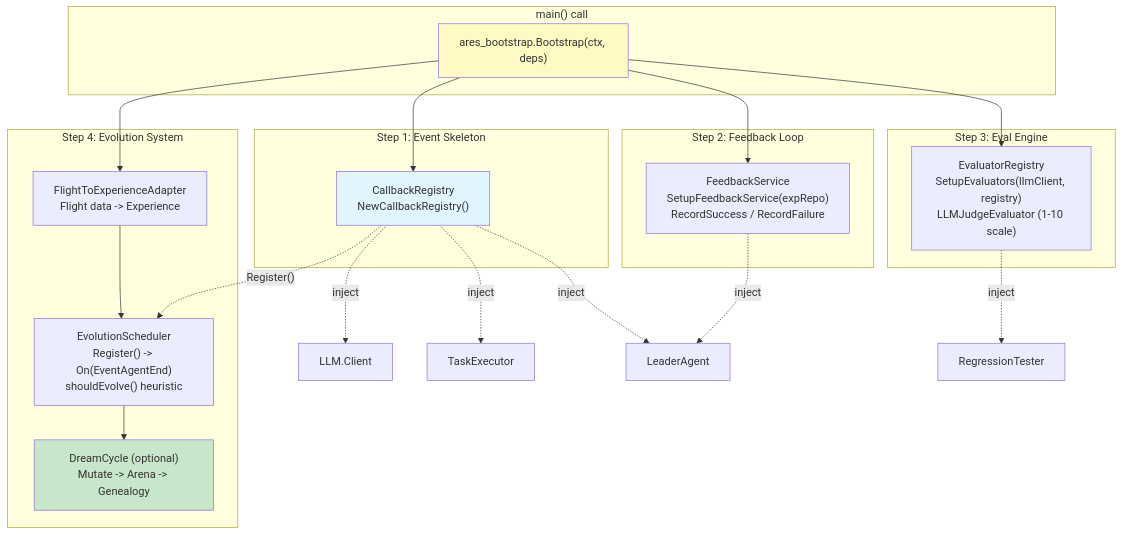
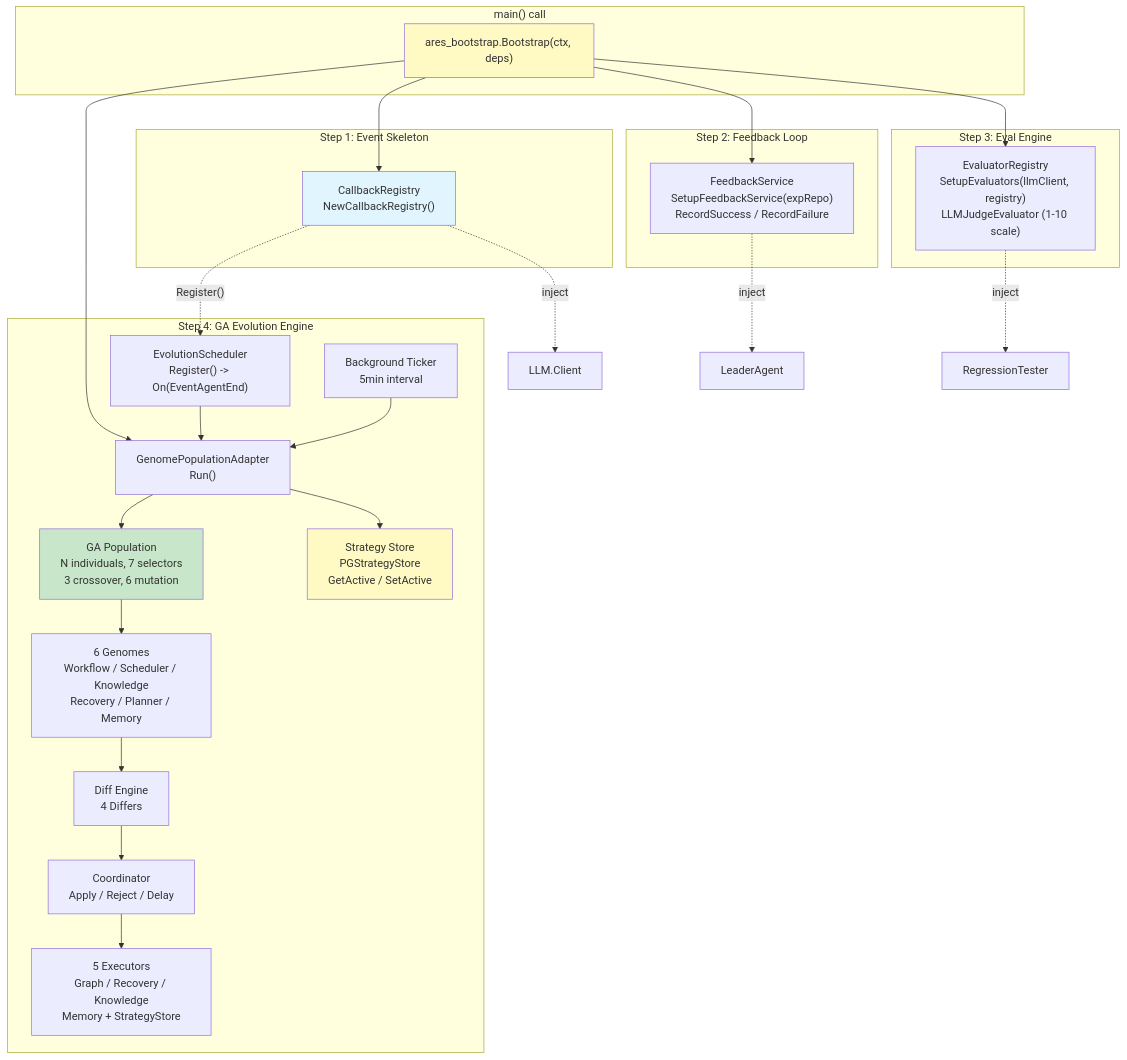
The third of 4 diagrams in docs/articles/en/autonomous-evolution-deep-dive.md (Timwood0x10/ARES), drawn with Mermaid before and after one commit. The commit also changed other lines of this file and 63 other files, not shown here.

````diff
--- a/docs/articles/en/autonomous-evolution-deep-dive.md
+++ b/docs/articles/en/autonomous-evolution-deep-dive.md
@@ -626,42 +626,54 @@
 ```mermaid
 graph TB
     subgraph "main() call"
         MAIN["ares_bootstrap.Bootstrap(ctx, deps)"]
     end
 
     subgraph "Step 1: Event Skeleton"
         CR["CallbackRegistry<br/>NewCallbackRegistry()"]
     end
 
     subgraph "Step 2: Feedback Loop"
         FS["FeedbackService<br/>SetupFeedbackService(expRepo)<br/>RecordSuccess / RecordFailure"]
     end
 
     subgraph "Step 3: Eval Engine"
         ER["EvaluatorRegistry<br/>SetupEvaluators(llmClient, registry)<br/>LLMJudgeEvaluator (1-10 scale)"]
     end
 
-    subgraph "Step 4: Evolution System"
-        ADAPTER["FlightToExperienceAdapter<br/>Flight data -> Experience"]
-        SCHEDULER["EvolutionScheduler<br/>Register() -> On(EventAgentEnd)<br/>shouldEvolve() heuristic"]
-        DREAM["DreamCycle (optional)<br/>Mutate -> Arena -> Genealogy"]
-        ADAPTER --> SCHEDULER
-        SCHEDULER --> DREAM
+    subgraph "Step 4: GA Evolution Engine"
+        TICKER["Background Ticker<br/>5min interval"]
+        SCHED2["EvolutionScheduler<br/>Register() -> On(EventAgentEnd)"]
+        GA["GA Population<br/>N individuals, 7 selectors<br/>3 crossover, 6 mutation"]
+        ADAPTER["GenomePopulationAdapter<br/>Run()"]
+        GENOMES["6 Genomes<br/>Workflow / Scheduler / Knowledge<br/>Recovery / Planner / Memory"]
+        DIFF["Diff Engine<br/>4 Differs"]
+        COORD["Coordinator<br/>Apply / Reject / Delay"]
+        EXECS["5 Executors<br/>Graph / Recovery / Knowledge<br/>Memory + StrategyStore"]
+        SS["Strategy Store<br/>PGStrategyStore<br/>GetActive / SetActive"]
     end
+
+    TICKER --> ADAPTER
+    SCHED2 --> ADAPTER
+    ADAPTER --> GA
+    GA --> GENOMES
+    GENOMES --> DIFF
+    DIFF --> COORD
+    COORD --> EXECS
+    ADAPTER --> SS
 
     MAIN --> CR
     MAIN --> FS
     MAIN --> ER
     MAIN --> ADAPTER
 
     CR -.-> |"inject"| AGENT1["LLM.Client"]
-    CR -.-> |"inject"| AGENT2["TaskExecutor"]
-    CR -.-> |"inject"| AGENT3["LeaderAgent"]
-    CR -.-> |"Register()"| SCHEDULER
-    FS -.-> |"inject"| AGENT3
+    CR -.-> |"Register()"| SCHED2
+    FS -.-> |"inject"| AGENT3["LeaderAgent"]
     ER -.-> |"inject"| ARENA["RegressionTester"]
 
     style MAIN fill:#fff9c4
     style CR fill:#e1f5fe
-    style DREAM fill:#c8e6c9
+    style GA fill:#c8e6c9
+    style SS fill:#fff9c4
 ```
````
